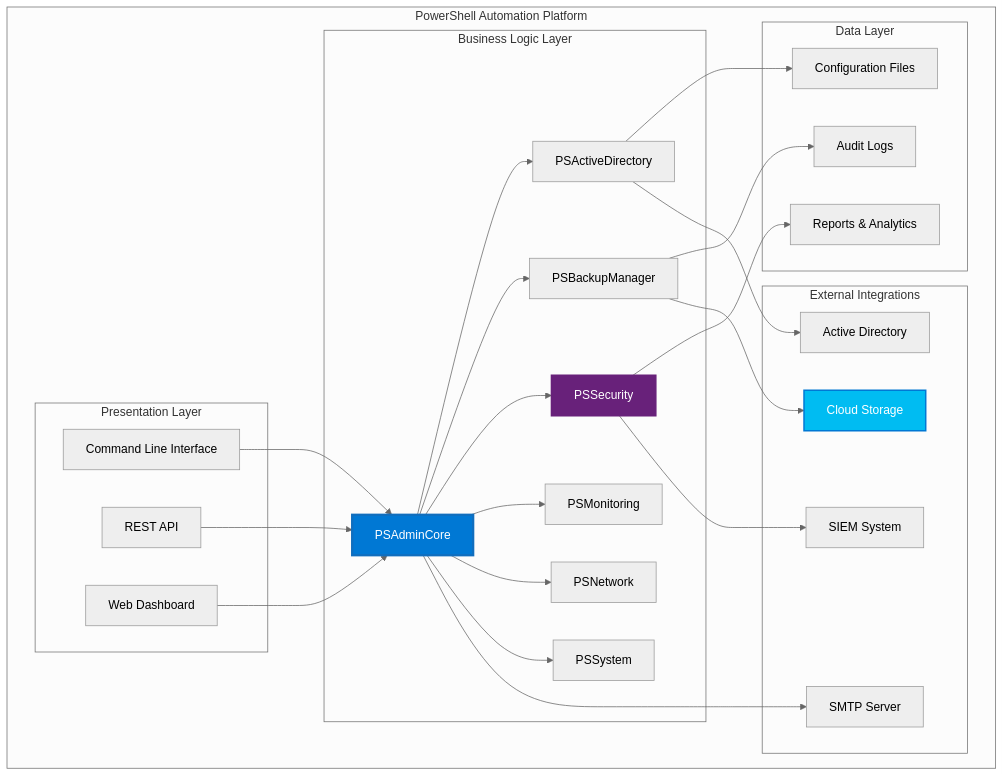
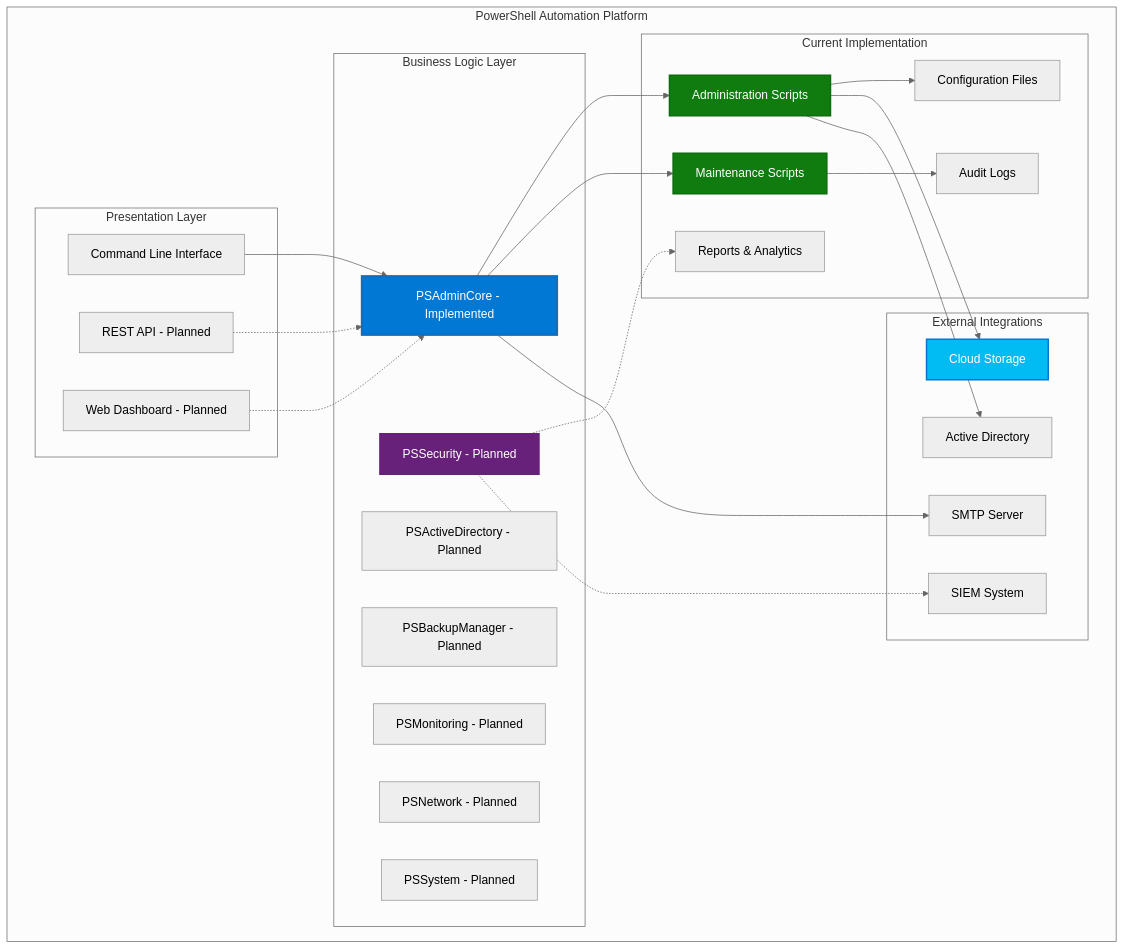
One commit to lucchesi-sec/powershell-automation changed the first of 3 diagrams in docfx_project/articles/ARCHITECTURE.md. Above: the diagram before and after it, drawn with Mermaid (neutral theme). The commit also changed other lines of this file and 23 other files, not shown here.

````diff
--- a/docfx_project/articles/ARCHITECTURE.md
+++ b/docfx_project/articles/ARCHITECTURE.md
@@ -30,57 +30,56 @@
 ```mermaid
 graph TB
     subgraph "PowerShell Automation Platform"
         subgraph "Presentation Layer"
             CLI[Command Line Interface]
-            API[REST API]
-            WEB[Web Dashboard]
+            API[REST API - Planned]
+            WEB[Web Dashboard - Planned]
         end
         
         subgraph "Business Logic Layer"
-            CORE[PSAdminCore]
-            AD[PSActiveDirectory]
-            BACKUP[PSBackupManager]
-            SECURITY[PSSecurity]
-            MONITOR[PSMonitoring]
-            NETWORK[PSNetwork]
-            SYSTEM[PSSystem]
+            CORE[PSAdminCore - Implemented]
+            AD[PSActiveDirectory - Planned]
+            BACKUP[PSBackupManager - Planned]
+            SECURITY[PSSecurity - Planned]
+            MONITOR[PSMonitoring - Planned]
+            NETWORK[PSNetwork - Planned]
+            SYSTEM[PSSystem - Planned]
         end
         
-        subgraph "Data Layer"
+        subgraph "Current Implementation"
+            SCRIPTS[Administration Scripts]
+            MAINT[Maintenance Scripts]
             CONFIG[Configuration Files]
             LOGS[Audit Logs]
             REPORTS[Reports & Analytics]
         end
         
         subgraph "External Integrations"
             CLOUD[Cloud Storage]
             EMAIL[SMTP Server]
             ADFS[Active Directory]
             SIEM[SIEM System]
         end
     end
     
     CLI --> CORE
-    API --> CORE
-    WEB --> CORE
+    API -.-> CORE
+    WEB -.-> CORE
     
-    CORE --> AD
-    CORE --> BACKUP
-    CORE --> SECURITY
-    CORE --> MONITOR
-    CORE --> NETWORK
-    CORE --> SYSTEM
+    CORE --> SCRIPTS
+    CORE --> MAINT
+    SCRIPTS --> CONFIG
+    MAINT --> LOGS
+    SECURITY -.-> REPORTS
     
-    AD --> CONFIG
-    BACKUP --> LOGS
-    SECURITY --> REPORTS
-    
-    BACKUP --> CLOUD
+    SCRIPTS --> CLOUD
     CORE --> EMAIL
-    AD --> ADFS
-    SECURITY --> SIEM
+    SCRIPTS --> ADFS
+    SECURITY -.-> SIEM
     
     style CORE fill:#0078D4,stroke:#106EBE,stroke-width:3px,color:#fff
+    style SCRIPTS fill:#107C10,stroke:#0E6B0E,stroke-width:2px,color:#fff
+    style MAINT fill:#107C10,stroke:#0E6B0E,stroke-width:2px,color:#fff
     style CLOUD fill:#00BCF2,stroke:#0078D4,stroke-width:2px,color:#fff
     style SECURITY fill:#68217A,stroke:#68217A,stroke-width:2px,color:#fff
 ```
````
